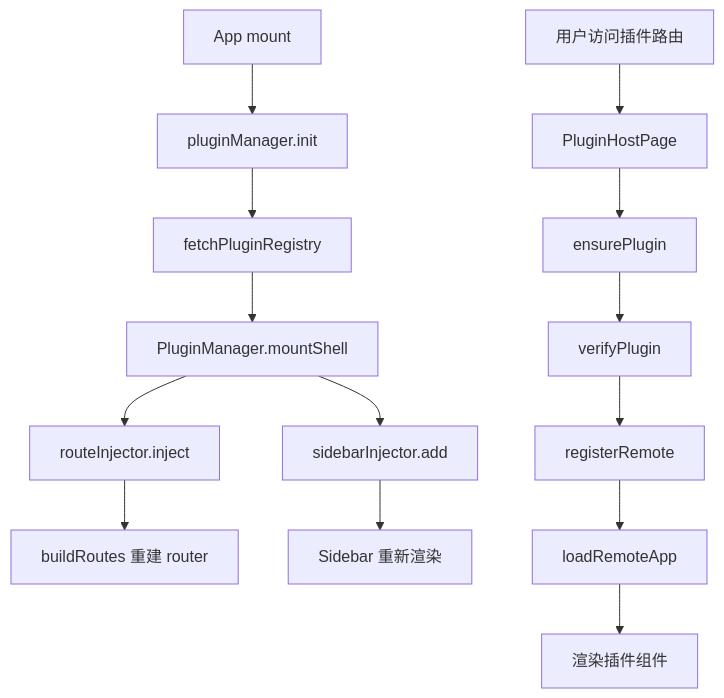
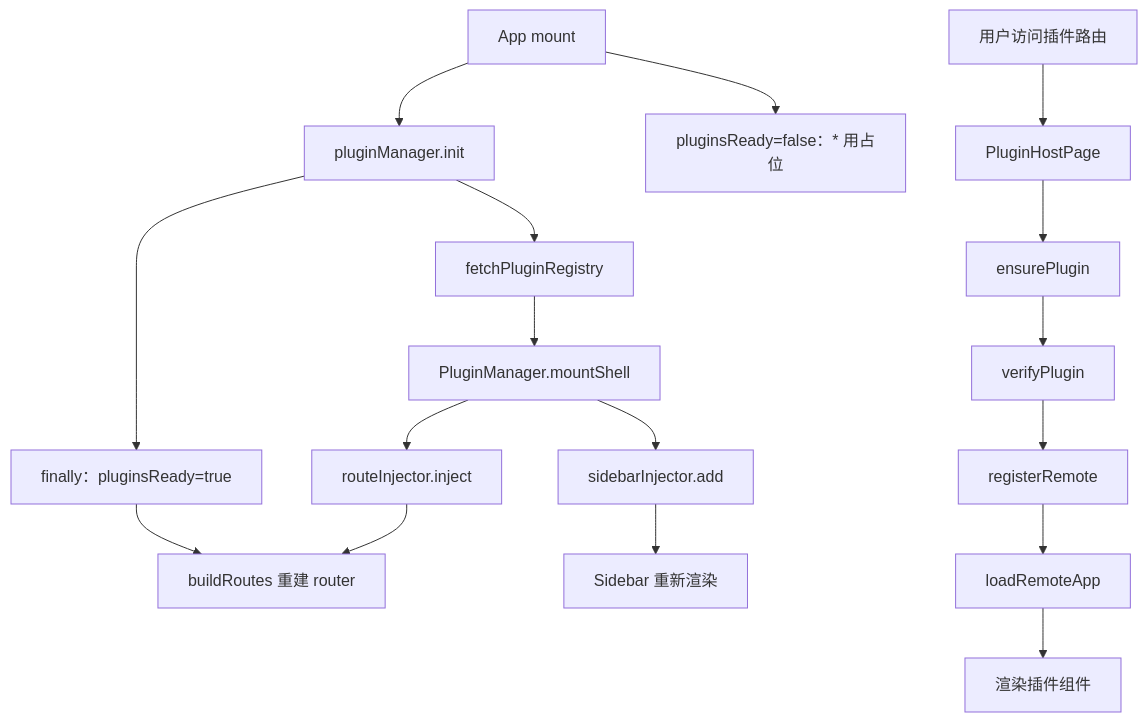
One commit to dnhyxc/dnhyxc-ai changed the first of 3 diagrams in apps/frontend/src/plugins/docs/host-plugin-integration-guide.md. Above: the diagram before and after it, drawn with Mermaid. The commit also changed other lines of this file and 42 other files, not shown here.

````diff
--- a/apps/frontend/src/plugins/docs/host-plugin-integration-guide.md
+++ b/apps/frontend/src/plugins/docs/host-plugin-integration-guide.md
@@ -80,16 +85,19 @@
 ```mermaid
 flowchart TD
     A[App mount] --> B[pluginManager.init]
     B --> C[fetchPluginRegistry]
     C --> D[PluginManager.mountShell]
     D --> E[routeInjector.inject]
     D --> F[sidebarInjector.add]
     E --> G[buildRoutes 重建 router]
     F --> H[Sidebar 重新渲染]
+    A --> P[pluginsReady=false：* 用占位]
+    B --> Q[finally：pluginsReady=true]
+    Q --> G
     I[用户访问插件路由] --> J[PluginHostPage]
     J --> K[ensurePlugin]
     K --> L[verifyPlugin]
     L --> M[registerRemote]
     M --> N[loadRemoteApp]
     N --> O[渲染插件组件]
 ```
````
